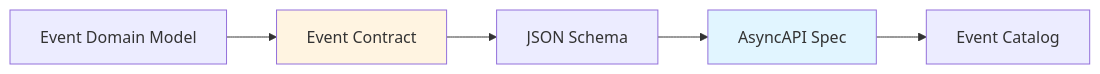
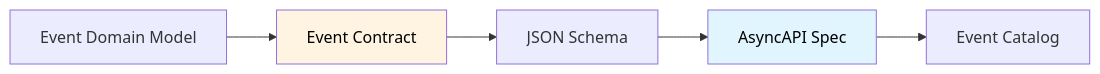
Before and after one commit to jclemente-tlm/tlm-doc-architecture: the diagram in docs/fundamentos-corporativos/estandares/mensajeria/event-contracts.md, drawn with Mermaid. The commit also changed 21 other files, not shown here.

````diff
--- a/docs/fundamentos-corporativos/estandares/mensajeria/event-contracts.md
+++ b/docs/fundamentos-corporativos/estandares/mensajeria/event-contracts.md
@@ -20,10 +20,10 @@
 ```mermaid
 graph LR
     A[Event Domain Model] --> B[Event Contract]
     B --> C[JSON Schema]
     C --> D[AsyncAPI Spec]
     D --> E[Event Catalog]
 
-    style B fill:#fff4e1
-    style D fill:#e1f5ff
+    style B fill:#fff4e1,color:#000000
+    style D fill:#e1f5ff,color:#000000
 ```
````
